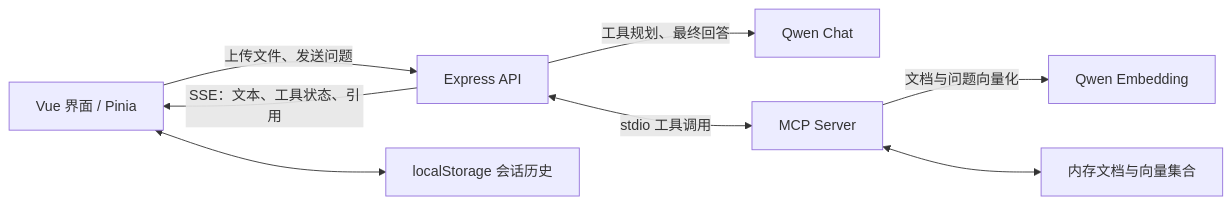
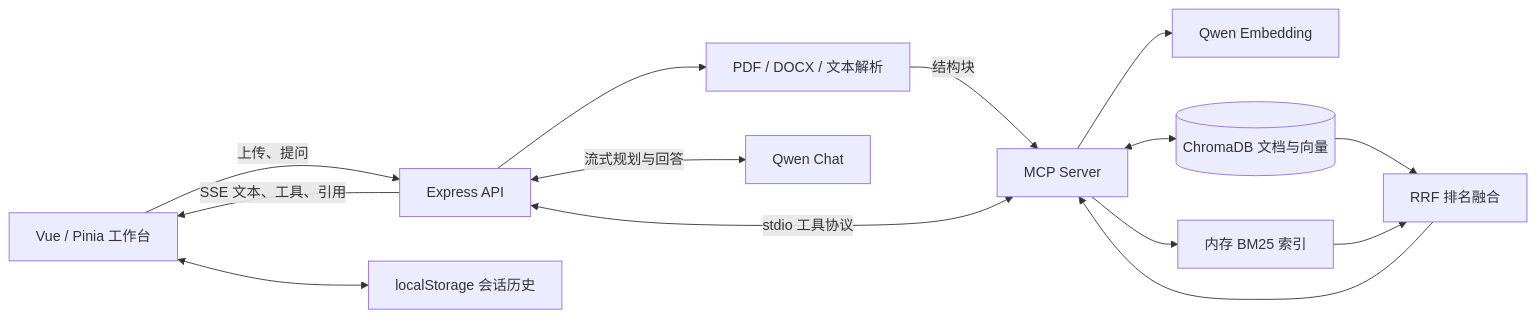
Before and after one commit to 11fengt/Popo-agent: the first of 2 diagrams in README.md, drawn with Mermaid. The commit also changed other lines of this file and 32 other files, not shown here.

````diff
--- a/README.md
+++ b/README.md
@@ -36,10 +64,16 @@
 ```mermaid
 flowchart LR
-    UI[Vue 界面 / Pinia] -->|上传文件、发送问题| API[Express API]
-    API -->|工具规划、最终回答| Chat[Qwen Chat]
-    API <-->|stdio 工具调用| MCP[MCP Server]
-    MCP -->|文档与问题向量化| Embed[Qwen Embedding]
-    MCP <--> KB[内存文档与向量集合]
-    API -->|SSE：文本、工具状态、引用| UI
+    UI[Vue / Pinia 工作台] -->|上传、提问| API[Express API]
+    API --> Parse[PDF / DOCX / 文本解析]
+    Parse -->|结构块| MCP[MCP Server]
+    API <-->|stdio 工具协议| MCP
+    API <-->|流式规划与回答| Qwen[Qwen Chat]
+    MCP --> Embed[Qwen Embedding]
+    MCP <--> Chroma[(ChromaDB 文档与向量)]
+    MCP --> BM25[内存 BM25 索引]
+    Chroma --> RRF[RRF 排名融合]
+    BM25 --> RRF
+    RRF --> MCP
+    API -->|SSE 文本、工具、引用| UI
     UI <--> Local[localStorage 会话历史]
 ```
````
